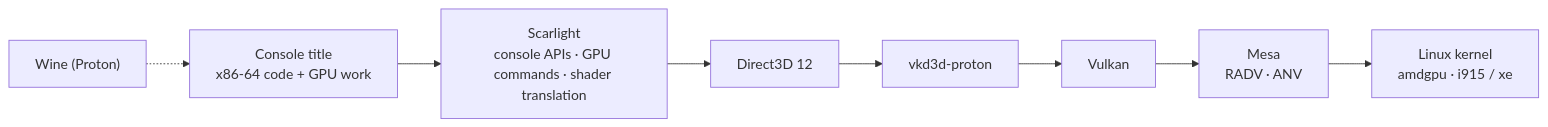
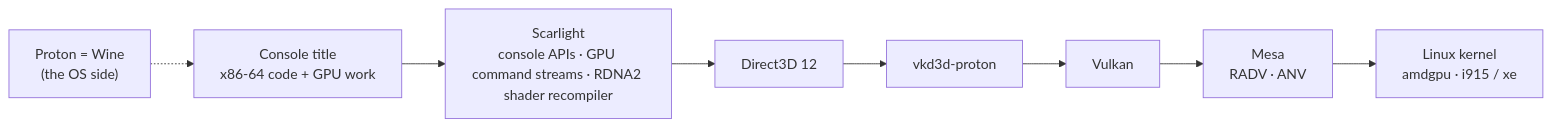
Before and after one commit to oguska/Scarlight: the diagram in README.md, drawn with Mermaid. The commit also changed other lines of this file and 14 other files, not shown here.

````diff
--- a/README.md
+++ b/README.md
@@ -168,6 +84,6 @@
 ```mermaid
 flowchart LR
-    A["Console title<br/>x86-64 code + GPU work"] --> B["Scarlight<br/>console APIs · GPU commands · shader translation"]
+    A["Console title<br/>x86-64 code + GPU work"] --> B["Scarlight<br/>console APIs · GPU command streams · RDNA2 shader recompiler"]
     B --> C["Direct3D 12"] --> D["vkd3d-proton"] --> E["Vulkan"] --> F["Mesa<br/>RADV · ANV"] --> G["Linux kernel<br/>amdgpu · i915 / xe"]
-    W["Wine (Proton)"] -.-> A
+    W["Proton = Wine<br/>(the OS side)"] -.-> A
 ```
````
